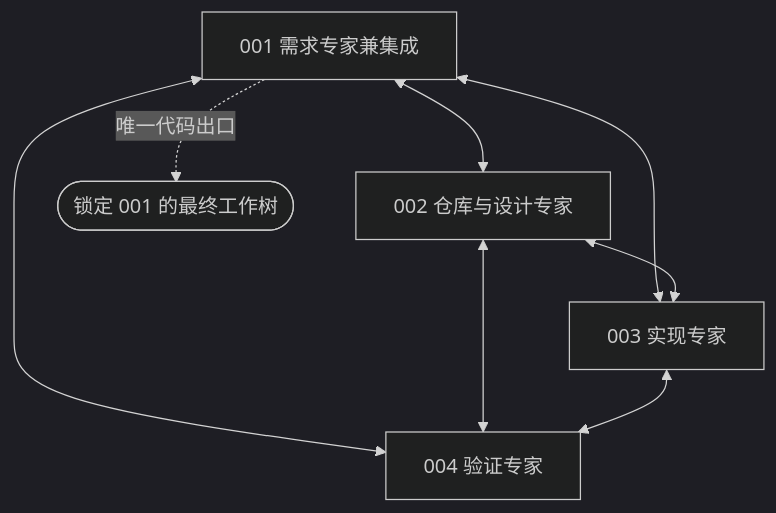
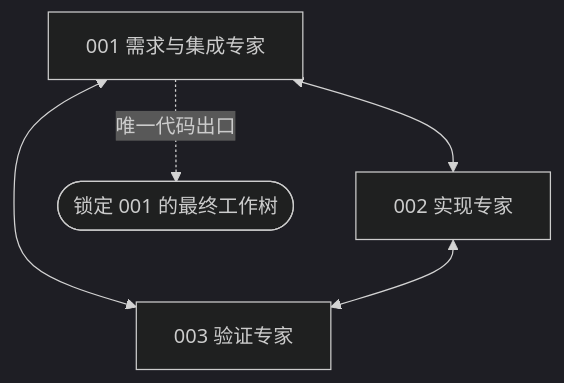
The sixth of 6 diagrams in docs/experiments/software-fixed-organization-v065-review.md (haoyueliuzhao/ProWorkSim), drawn with Mermaid (dark theme) before and after one commit. The commit also changed other lines of this file and 76 other files, not shown here.

````diff
--- a/docs/experiments/software-fixed-organization-v065-review.md
+++ b/docs/experiments/software-fixed-organization-v065-review.md
@@ -117,15 +109,11 @@
 ```mermaid
 flowchart TB
-    M1["001 需求专家兼集成"]
-    M2["002 仓库与设计专家"]
-    M3["003 实现专家"]
-    M4["004 验证专家"]
+    M1["001 需求与集成专家"]
+    M2["002 实现专家"]
+    M3["003 验证专家"]
     M1 <--> M2
     M1 <--> M3
-    M1 <--> M4
     M2 <--> M3
-    M2 <--> M4
-    M3 <--> M4
     E(["锁定 001 的最终工作树"])
     M1 -.->|唯一代码出口| E
 ```
````
